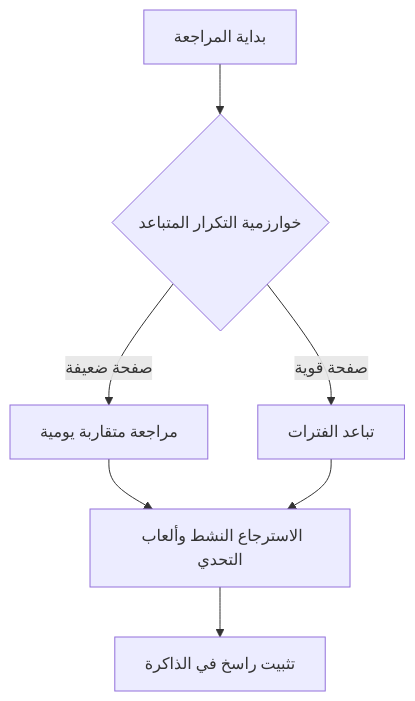
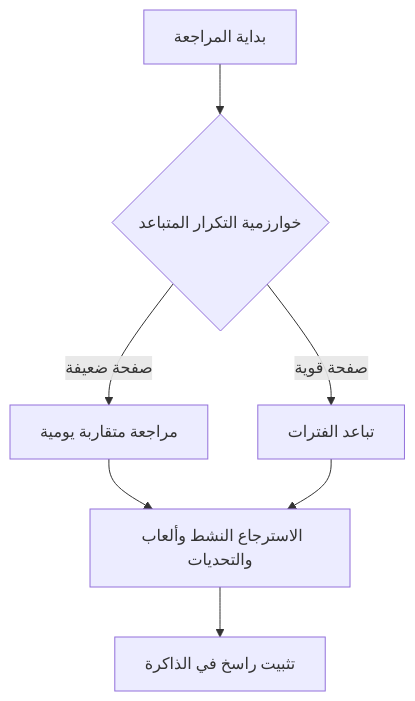
One commit to waleed-kasim/Raseen changed the first of 2 diagrams in README.md. Above: the diagram before and after it, drawn with Mermaid. The commit also changed other lines of this file and 3 other files, not shown here.

````diff
--- a/README.md
+++ b/README.md
@@ -43,9 +59,9 @@
 ```mermaid
 graph TD
     A[بداية المراجعة] --> B{خوارزمية التكرار المتباعد}
     B -- صفحة ضعيفة --> C[مراجعة متقاربة يومية]
     B -- صفحة قوية --> D[تباعد الفترات]
-    C --> E[الاسترجاع النشط وألعاب التحدي]
+    C --> E[الاسترجاع النشط وألعاب والتحديات]
     D --> E
     E --> F[تثبيت راسخ في الذاكرة]
 ```
````
